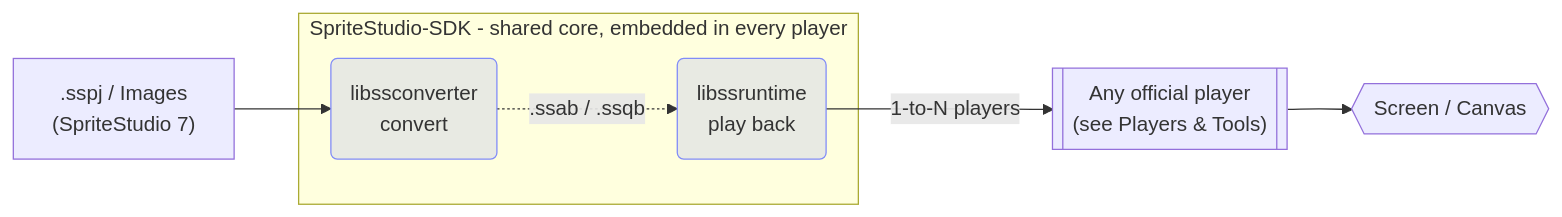
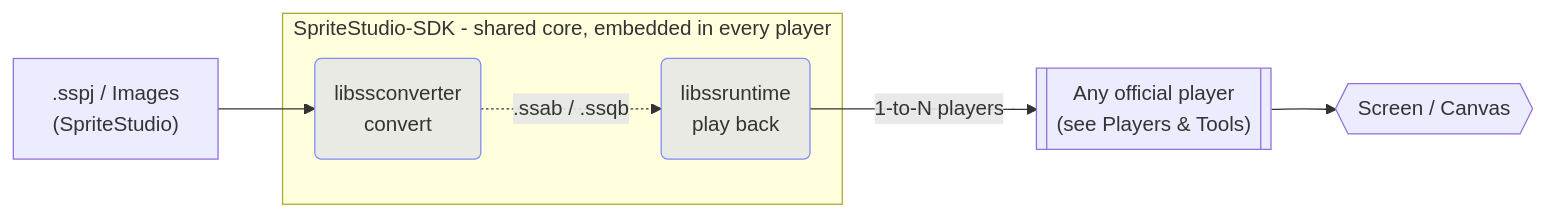
Before and after one commit to cri-middleware/SpriteStudio-Docs: the diagram in docs/en/overview/ecosystem.md, drawn with Mermaid. The commit also changed 25 other files, not shown here.

Commit message:
docs: call it SpriteStudio

````diff
--- a/docs/en/overview/ecosystem.md
+++ b/docs/en/overview/ecosystem.md
@@ -11,19 +11,19 @@
 ```mermaid
 graph LR
-    SS[" .sspj / Images<br/>(SpriteStudio 7) "]
+    SS[" .sspj / Images<br/>(SpriteStudio) "]
 
     subgraph SDK ["SpriteStudio-SDK - shared core, embedded in every player"]
         CONV(" libssconverter<br/>convert ")
         RT(" libssruntime<br/>play back ")
     end
 
     PLAYER[[" Any official player<br/>(see Players &amp; Tools) "]]
     SCREEN{{" Screen / Canvas "}}
 
     SS --> CONV
     CONV -. ".ssab / .ssqb" .-> RT
     RT -- "1-to-N players" --> PLAYER --> SCREEN
 
     classDef sdk fill:#818cf82e,stroke:#818cf8;
     class CONV,RT sdk;
 ```
````
